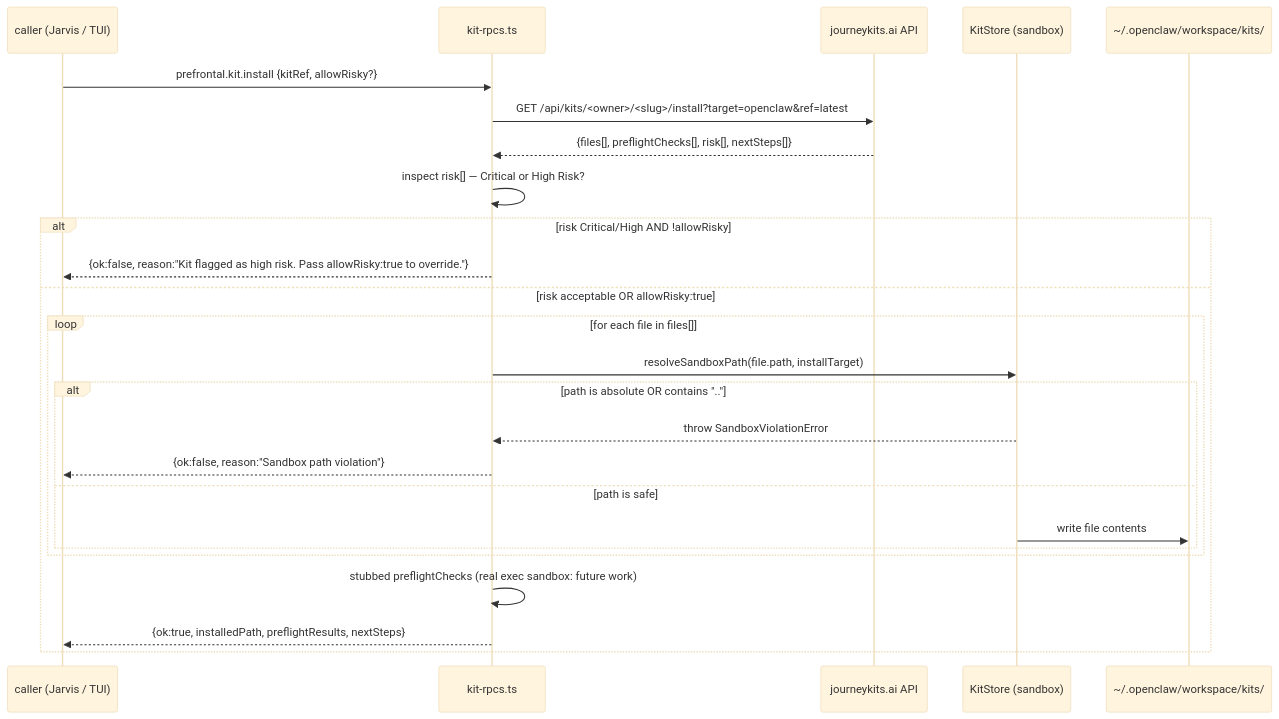
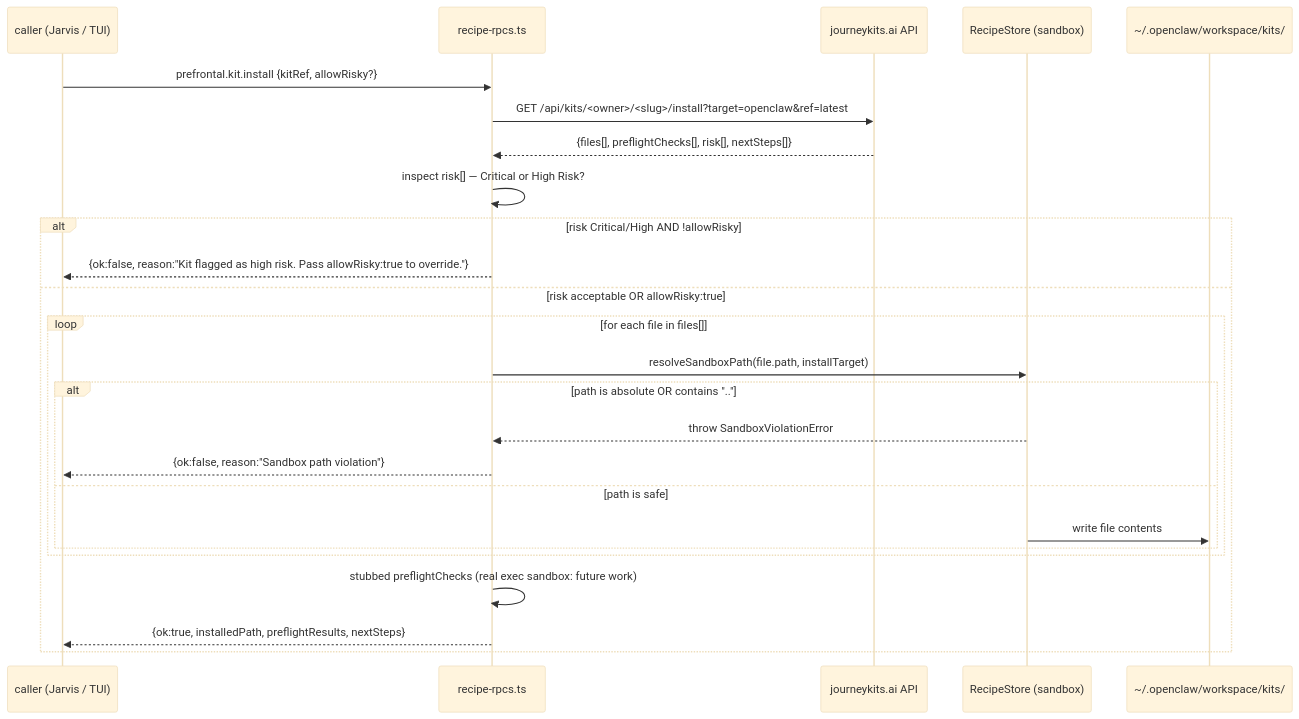
The eighth of 11 diagrams in TINKER_UI_DESIGN_BIBLE/flows.md (globalcaos/tinkerclaw), drawn with Mermaid (base theme) before and after one commit. The commit also changed other lines of this file and 51 other files, not shown here.

````diff
--- a/TINKER_UI_DESIGN_BIBLE/flows.md
+++ b/TINKER_UI_DESIGN_BIBLE/flows.md
@@ -351,28 +351,28 @@
 ```mermaid
 sequenceDiagram
   participant CALLER as caller (Jarvis / TUI)
-  participant KR as kit-rpcs.ts
+  participant KR as recipe-rpcs.ts
   participant JK as journeykits.ai API
-  participant KS as KitStore (sandbox)
+  participant KS as RecipeStore (sandbox)
   participant FS as ~/.openclaw/workspace/kits/
 
   CALLER->>KR: prefrontal.kit.install {kitRef, allowRisky?}
   KR->>JK: GET /api/kits/<owner>/<slug>/install?target=openclaw&ref=latest
   JK-->>KR: {files[], preflightChecks[], risk[], nextSteps[]}
   KR->>KR: inspect risk[] — Critical or High Risk?
   alt risk Critical/High AND !allowRisky
     KR-->>CALLER: {ok:false, reason:"Kit flagged as high risk. Pass allowRisky:true to override."}
   else risk acceptable OR allowRisky:true
     loop for each file in files[]
       KR->>KS: resolveSandboxPath(file.path, installTarget)
       alt path is absolute OR contains ".."
         KS-->>KR: throw SandboxViolationError
         KR-->>CALLER: {ok:false, reason:"Sandbox path violation"}
       else path is safe
         KS->>FS: write file contents
       end
     end
     KR->>KR: stubbed preflightChecks (real exec sandbox: future work)
     KR-->>CALLER: {ok:true, installedPath, preflightResults, nextSteps}
   end
 ```
````
